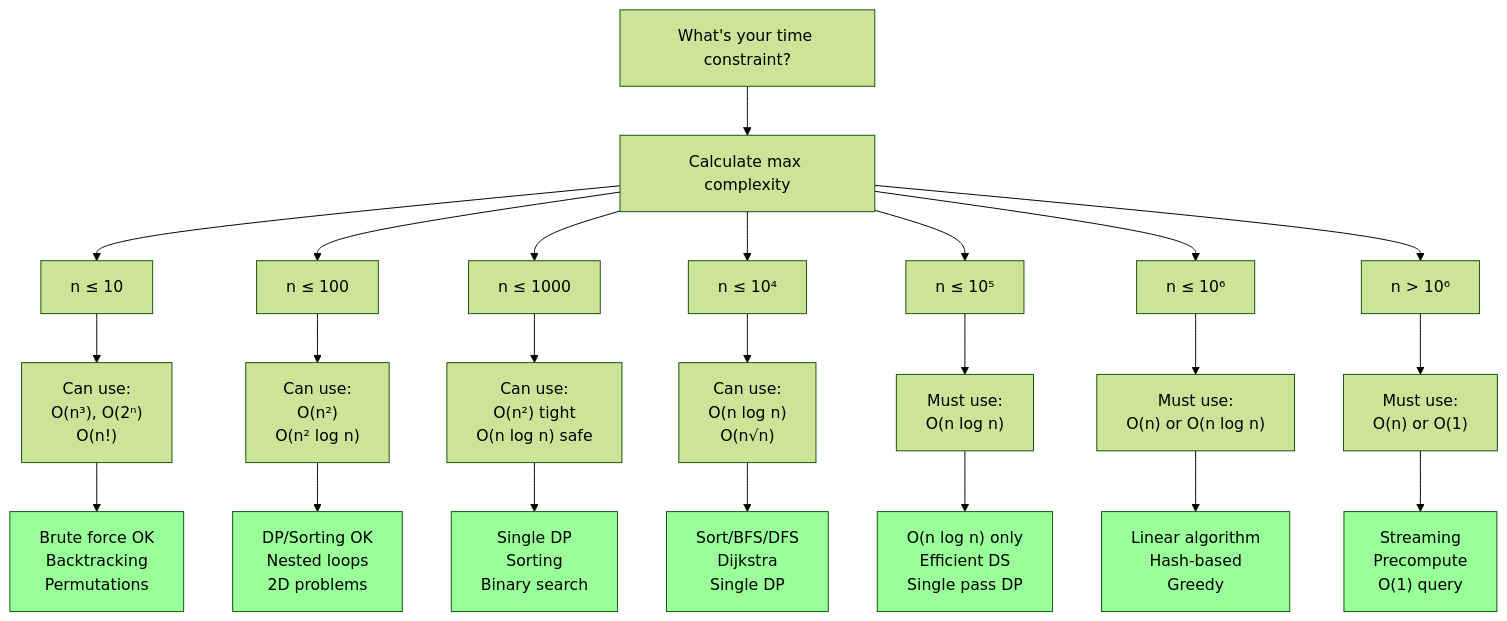
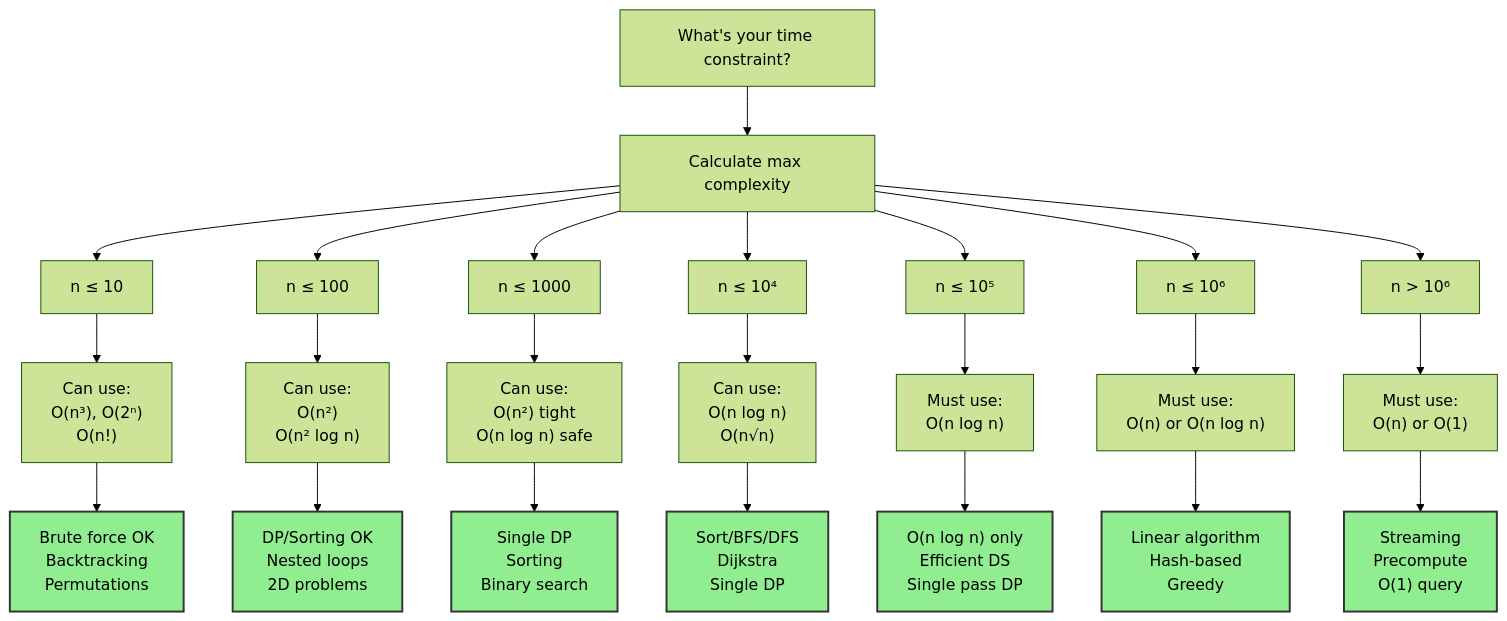
Before and after one commit to souradeepta/interviewprep: the second of 7 diagrams in docs/guides/algorithm_selection_guide.md, drawn with Mermaid (forest theme). The commit also changed other lines of this file and 31 other files, not shown here.

Commit message:
updated graphs

````diff
--- a/docs/guides/algorithm_selection_guide.md
+++ b/docs/guides/algorithm_selection_guide.md
@@ -207,41 +207,41 @@
 ```mermaid
 graph TD
     A["What's your time constraint?"] --> B["Calculate max complexity"]
     
     B --> C["n ≤ 10"]
     C --> D1["Can use:<br/>O(n³), O(2ⁿ)<br/>O(n!)"]
     
     B --> E["n ≤ 100"]
     E --> D2["Can use:<br/>O(n²)<br/>O(n² log n)"]
     
     B --> F["n ≤ 1000"]
     F --> D3["Can use:<br/>O(n²) tight<br/>O(n log n) safe"]
     
     B --> G["n ≤ 10⁴"]
     G --> D4["Can use:<br/>O(n log n)<br/>O(n√n)"]
     
     B --> H["n ≤ 10⁵"]
     H --> D5["Must use:<br/>O(n log n)"]
     
     B --> I["n ≤ 10⁶"]
     I --> D6["Must use:<br/>O(n) or O(n log n)"]
     
     B --> J["n > 10⁶"]
     J --> D7["Must use:<br/>O(n) or O(1)"]
     
     D1 --> K["Brute force OK<br/>Backtracking<br/>Permutations"]
     D2 --> L["DP/Sorting OK<br/>Nested loops<br/>2D problems"]
     D3 --> M["Single DP<br/>Sorting<br/>Binary search"]
     D4 --> N["Sort/BFS/DFS<br/>Dijkstra<br/>Single DP"]
     D5 --> O["O(n log n) only<br/>Efficient DS<br/>Single pass DP"]
     D6 --> P["Linear algorithm<br/>Hash-based<br/>Greedy"]
     D7 --> Q["Streaming<br/>Precompute<br/>O(1) query"]
     
-    style K fill:#99ff99
-    style L fill:#99ff99
-    style M fill:#99ff99
-    style N fill:#99ff99
-    style O fill:#99ff99
-    style P fill:#99ff99
-    style Q fill:#99ff99
+    style K fill:#90ee90,color:#000,stroke:#333,stroke-width:2px
+    style L fill:#90ee90,color:#000,stroke:#333,stroke-width:2px
+    style M fill:#90ee90,color:#000,stroke:#333,stroke-width:2px
+    style N fill:#90ee90,color:#000,stroke:#333,stroke-width:2px
+    style O fill:#90ee90,color:#000,stroke:#333,stroke-width:2px
+    style P fill:#90ee90,color:#000,stroke:#333,stroke-width:2px
+    style Q fill:#90ee90,color:#000,stroke:#333,stroke-width:2px
 ```
````
